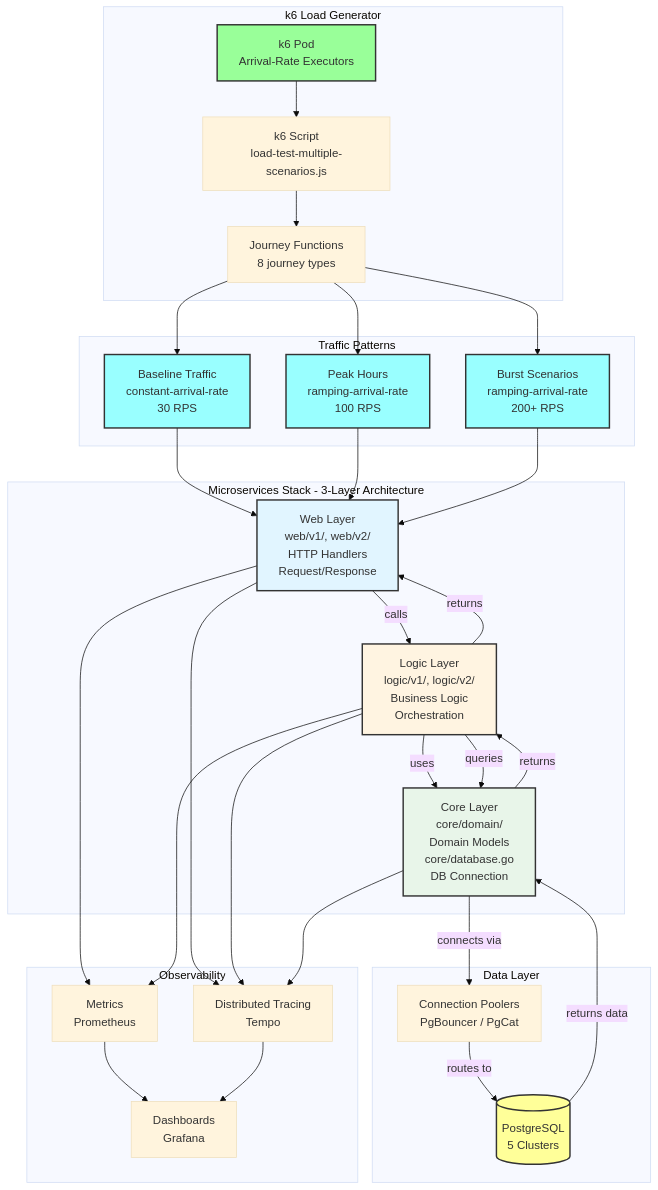
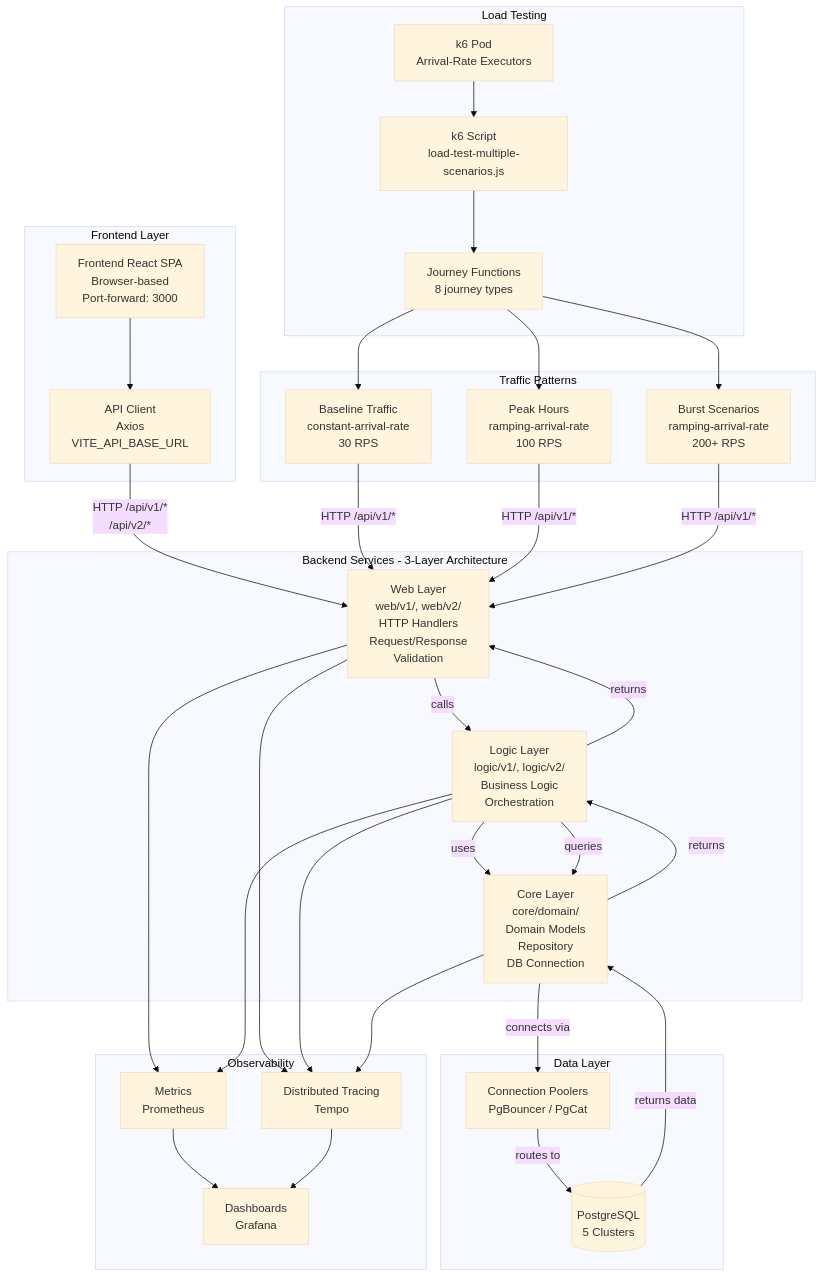
The diagram in README.md (duynhlab/homelab), drawn with Mermaid (base theme) before and after one commit. The commit also changed other lines of this file and 2 other files, not shown here.

Commit message:
chores: update docs related the init folder

````diff
--- a/README.md
+++ b/README.md
@@ -29,70 +29,69 @@
 ```mermaid
 flowchart TB
-    subgraph "k6 Load Generator"
+    subgraph "Frontend Layer"
+        FE[Frontend React SPA<br/>Browser-based<br/>Port-forward: 3000]
+        FEAPI[API Client<br/>Axios<br/>VITE_API_BASE_URL]
+    end
+    
+    subgraph "Load Testing"
         K6[k6 Pod<br/>Arrival-Rate Executors]
         Script[k6 Script<br/>load-test-multiple-scenarios.js]
         Journeys[Journey Functions<br/>8 journey types]
     end
     
     subgraph "Traffic Patterns"
         Baseline[Baseline Traffic<br/>constant-arrival-rate<br/>30 RPS]
         Peak[Peak Hours<br/>ramping-arrival-rate<br/>100 RPS]
         Burst[Burst Scenarios<br/>ramping-arrival-rate<br/>200+ RPS]
     end
     
-    subgraph "Microservices Stack - 3-Layer Architecture"
-        Web[Web Layer<br/>web/v1/, web/v2/<br/>HTTP Handlers<br/>Request/Response]
+    subgraph "Backend Services - 3-Layer Architecture"
+        Web[Web Layer<br/>web/v1/, web/v2/<br/>HTTP Handlers<br/>Request/Response<br/>Validation]
         Logic[Logic Layer<br/>logic/v1/, logic/v2/<br/>Business Logic<br/>Orchestration]
-        Core[Core Layer<br/>core/domain/<br/>Domain Models<br/>core/database.go<br/>DB Connection]
+        Core[Core Layer<br/>core/domain/<br/>Domain Models<br/>Repository<br/>DB Connection]
     end
     
     subgraph "Data Layer"
         Pooler[Connection Poolers<br/>PgBouncer / PgCat]
         Database[(PostgreSQL<br/>5 Clusters)]
     end
     
     subgraph "Observability"
         Tempo[Distributed Tracing<br/>Tempo]
         Prometheus[Metrics<br/>Prometheus]
         Grafana[Dashboards<br/>Grafana]
     end
     
+    FE --> FEAPI
+    FEAPI -->|"HTTP /api/v1/*<br/>/api/v2/*"| Web
+    
     K6 --> Script
     Script --> Journeys
     
     Journeys --> Baseline
     Journeys --> Peak
     Journeys --> Burst
     
-    Baseline --> Web
-    Peak --> Web
-    Burst --> Web
+    Baseline -->|"HTTP /api/v1/*"| Web
+    Peak -->|"HTTP /api/v1/*"| Web
+    Burst -->|"HTTP /api/v1/*"| Web
     
     Web -->|calls| Logic
     Logic -->|uses| Core
     Logic -->|queries| Core
     Core -->|connects via| Pooler
     Pooler -->|routes to| Database
     Database -->|returns data| Core
     Core -->|returns| Logic
     Logic -->|returns| Web
     
     Web --> Tempo
     Logic --> Tempo
     Core --> Tempo
     
     Web --> Prometheus
     Logic --> Prometheus
     
     Prometheus --> Grafana
     Tempo --> Grafana
-    
-    style K6 fill:#9f9,stroke:#333,stroke-width:2px
-    style Baseline fill:#9ff,stroke:#333,stroke-width:2px
-    style Peak fill:#9ff,stroke:#333,stroke-width:2px
-    style Burst fill:#9ff,stroke:#333,stroke-width:2px
-    style Web fill:#e1f5ff,stroke:#333,stroke-width:2px
-    style Logic fill:#fff4e1,stroke:#333,stroke-width:2px
-    style Core fill:#e8f5e9,stroke:#333,stroke-width:2px
-    style Database fill:#ff9,stroke:#333,stroke-width:2px
 ```
````
